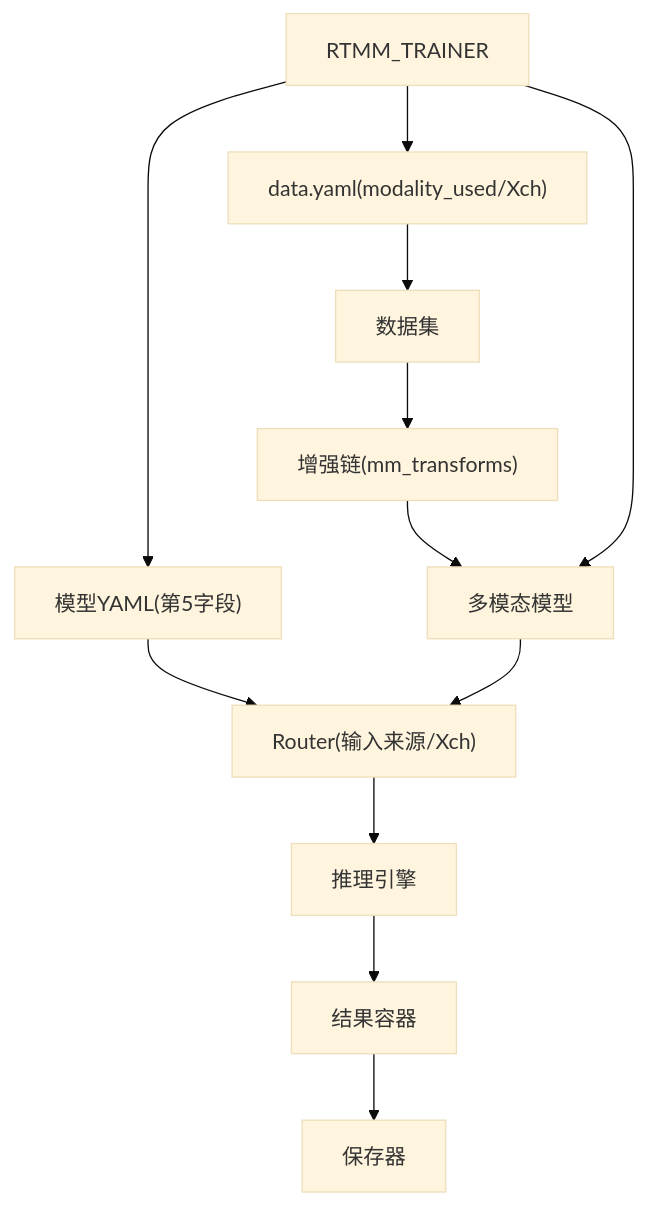
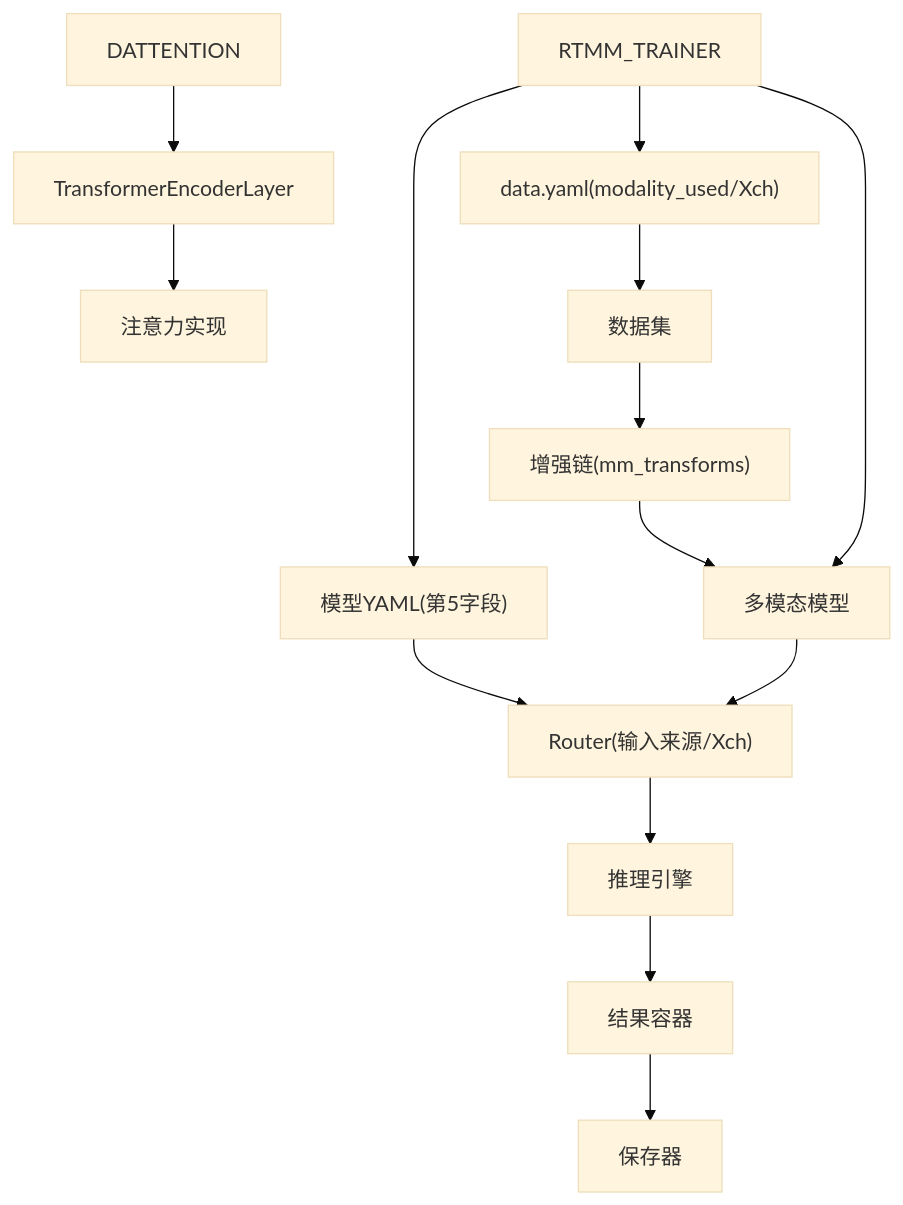
The tenth of 10 diagrams in .qoder/repowiki/zh/content/模型配置与管理/训练配置管理/多模态训练配置.md (2208754827/MM-IMPROVE), drawn with Mermaid (base theme) before and after one commit. The commit also changed other lines of this file and 411 other files, not shown here.

````diff
--- a/.qoder/repowiki/zh/content/模型配置与管理/训练配置管理/多模态训练配置.md
+++ b/.qoder/repowiki/zh/content/模型配置与管理/训练配置管理/多模态训练配置.md
@@ -417,14 +503,16 @@
 ```mermaid
 graph TB
 YAML["模型YAML(第5字段)"] --> ROUTER["Router(输入来源/Xch)"]
 DATA["data.yaml(modality_used/Xch)"] --> DS["数据集"]
 DS --> AUG["增强链(mm_transforms)"]
 AUG --> MODEL["多模态模型"]
 MODEL --> ROUTER
 ROUTER --> INFERENCE["推理引擎"]
 INFERENCE --> RESULTS["结果容器"]
 RESULTS --> SAVE["保存器"]
 RTMM_TRAINER --> YAML
 RTMM_TRAINER --> DATA
 RTMM_TRAINER --> MODEL
+DATTENTION --> TRANSFORMER["TransformerEncoderLayer"]
+TRANSFORMER --> ATTENTION_IMPL["注意力实现"]
 ```
````
